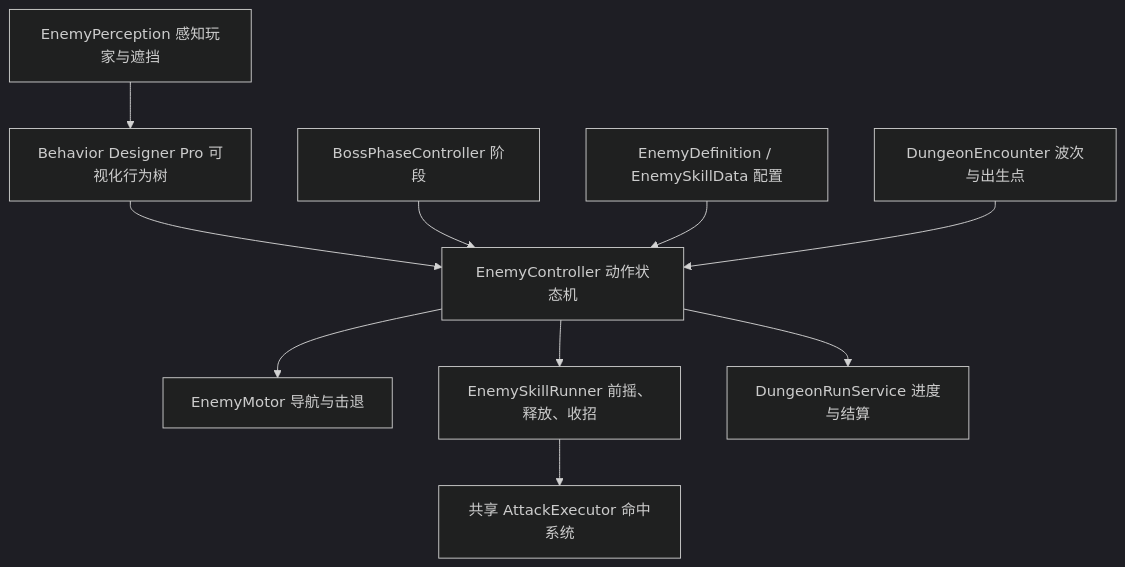
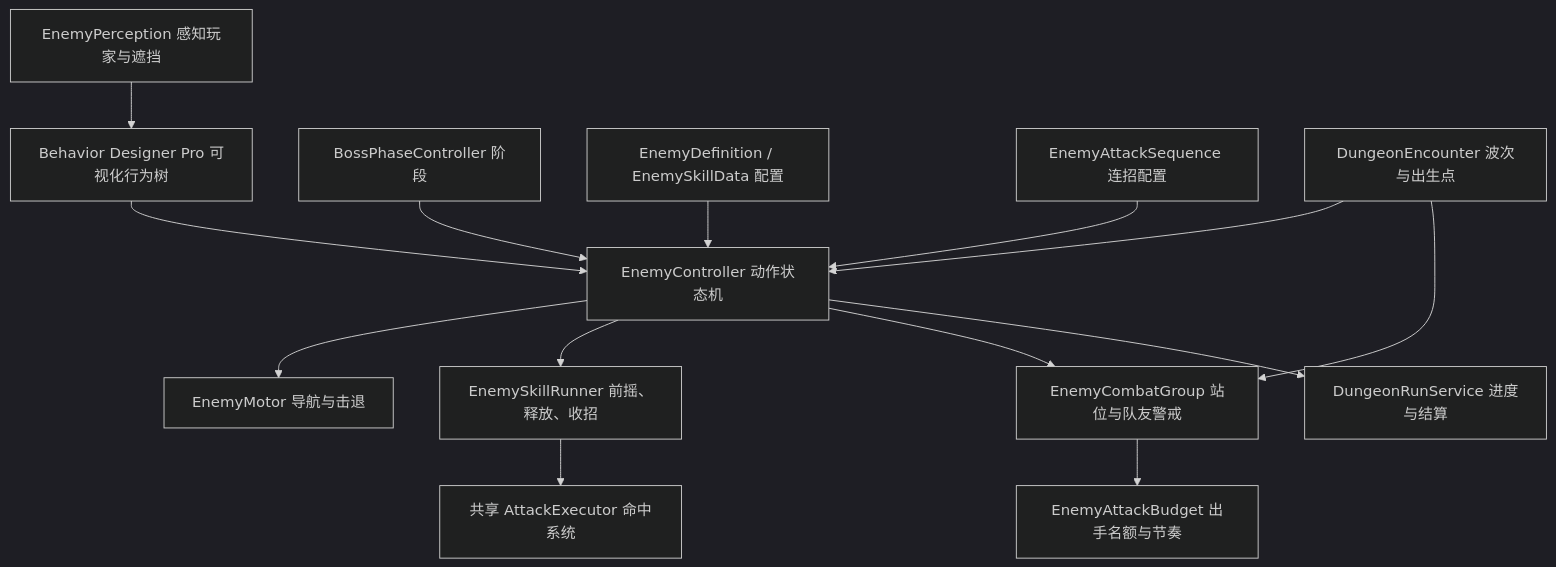
One commit to bestzh/RPG-Silent changed the diagram in RPG-Silent/Docs/EnemyEncounter.md. Above: the diagram before and after it, drawn with Mermaid (dark theme). The commit also changed other lines of this file and 2 other files, not shown here.

````diff
--- a/RPG-Silent/Docs/EnemyEncounter.md
+++ b/RPG-Silent/Docs/EnemyEncounter.md
@@ -11,12 +11,16 @@
 ```mermaid
 flowchart TD
     Perception[EnemyPerception 感知玩家与遮挡] --> Brain[Behavior Designer Pro 可视化行为树]
     Brain --> Controller[EnemyController 动作状态机]
     Phase[BossPhaseController 阶段] --> Controller
     Data[EnemyDefinition / EnemySkillData 配置] --> Controller
+    Combo[EnemyAttackSequence 连招配置] --> Controller
     Controller --> Motor[EnemyMotor 导航与击退]
     Controller --> Runner[EnemySkillRunner 前摇、释放、收招]
     Runner --> Executor[共享 AttackExecutor 命中系统]
     Encounter[DungeonEncounter 波次与出生点] --> Controller
+    Encounter --> Group[EnemyCombatGroup 站位与队友警戒]
+    Group --> Budget[EnemyAttackBudget 出手名额与节奏]
+    Controller --> Group
     Controller --> Run[DungeonRunService 进度与结算]
 ```
````
